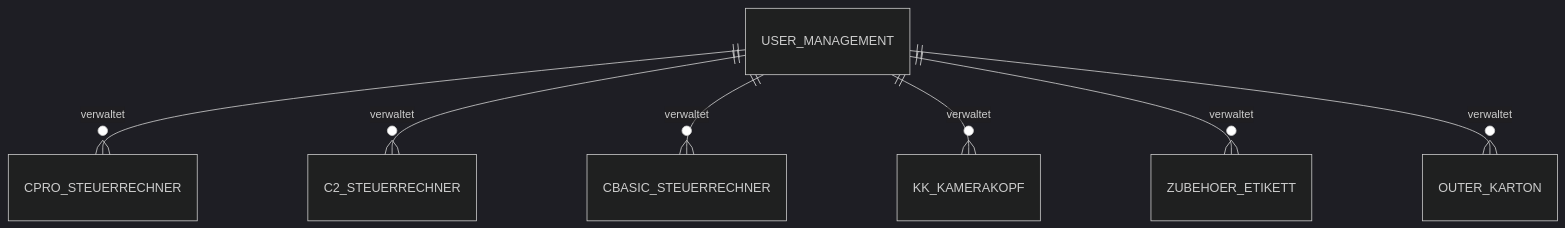
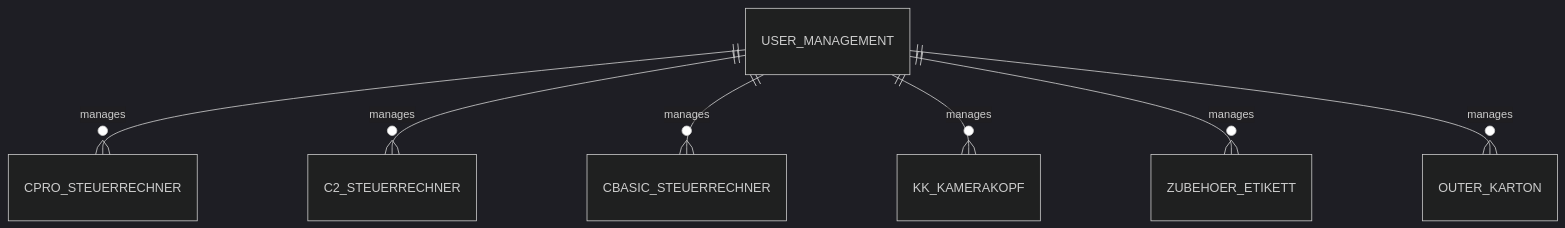
The first of 3 diagrams in docs/data/schema.de.md (JayeshKakkad-Rotoclear/Etikettdruck), drawn with Mermaid (dark theme) before and after one commit. The commit also changed other lines of this file and 62 other files, not shown here.

````diff
--- a/docs/data/schema.de.md
+++ b/docs/data/schema.de.md
@@ -9,9 +9,9 @@
 ```mermaid
 erDiagram
-		USER_MANAGEMENT ||--o{ CPRO_STEUERRECHNER : verwaltet
-		USER_MANAGEMENT ||--o{ C2_STEUERRECHNER : verwaltet
-		USER_MANAGEMENT ||--o{ CBASIC_STEUERRECHNER : verwaltet
-		USER_MANAGEMENT ||--o{ KK_KAMERAKOPF : verwaltet
-		USER_MANAGEMENT ||--o{ ZUBEHOER_ETIKETT : verwaltet
-		USER_MANAGEMENT ||--o{ OUTER_KARTON : verwaltet
+    USER_MANAGEMENT ||--o{ CPRO_STEUERRECHNER : manages
+    USER_MANAGEMENT ||--o{ C2_STEUERRECHNER : manages
+    USER_MANAGEMENT ||--o{ CBASIC_STEUERRECHNER : manages
+    USER_MANAGEMENT ||--o{ KK_KAMERAKOPF : manages
+    USER_MANAGEMENT ||--o{ ZUBEHOER_ETIKETT : manages
+    USER_MANAGEMENT ||--o{ OUTER_KARTON : manages
 ```
````
